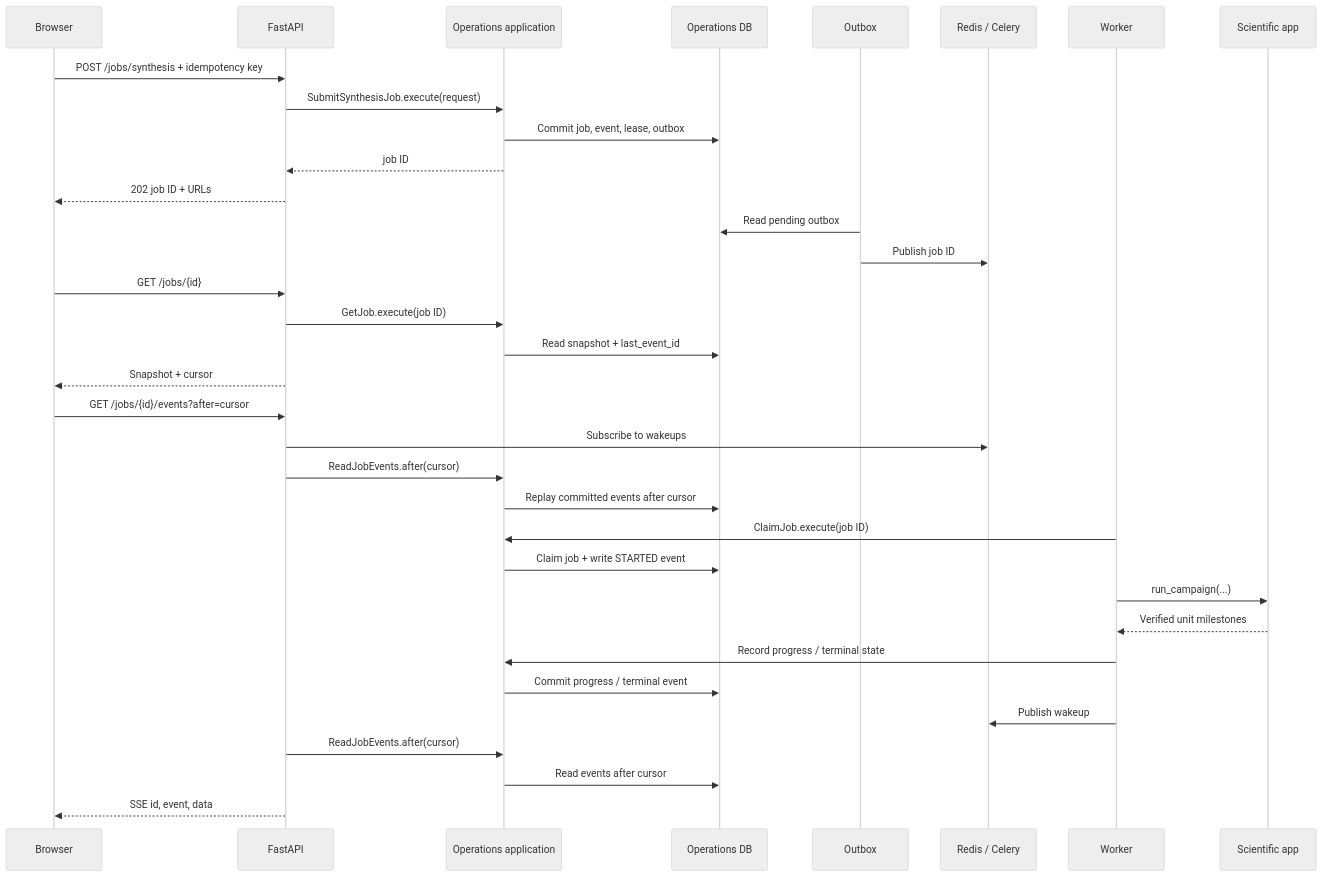
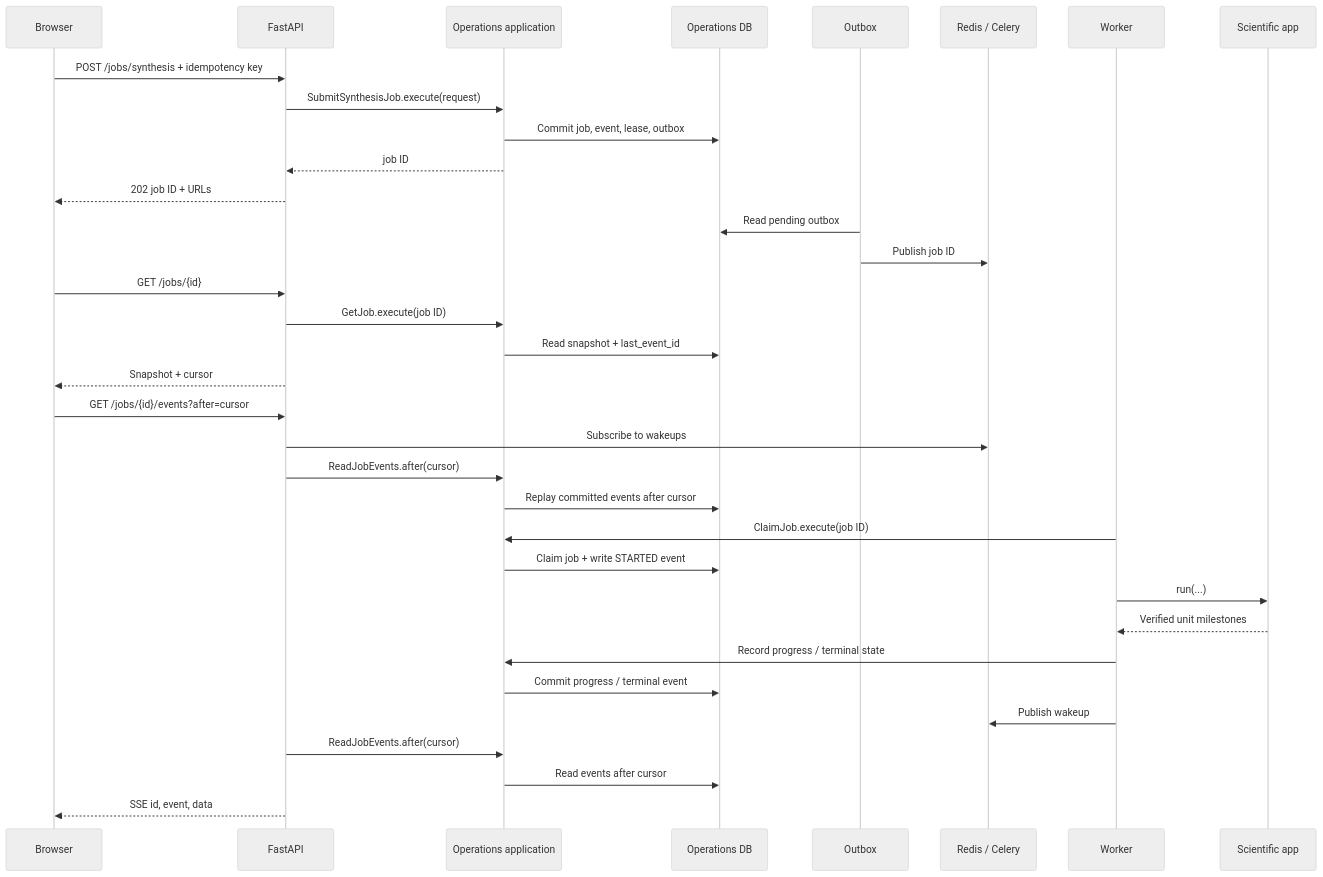
One commit to Nicola-Ibrahim/AAD_LLM changed the fourth of 4 diagrams in docs/plans/frontend_dashboard.md. Above: the diagram before and after it, drawn with Mermaid (neutral theme). The commit also changed other lines of this file and 109 other files, not shown here.

````diff
--- a/docs/plans/frontend_dashboard.md
+++ b/docs/plans/frontend_dashboard.md
@@ -184,36 +184,36 @@
 ```mermaid
 sequenceDiagram
   participant UI as Browser
   participant API as FastAPI
   participant J as Operations application
   participant DB as Operations DB
   participant O as Outbox
   participant Q as Redis / Celery
   participant W as Worker
   participant S as Scientific app
   UI->>API: POST /jobs/synthesis + idempotency key
   API->>J: SubmitSynthesisJob.execute(request)
   J->>DB: Commit job, event, lease, outbox
   J-->>API: job ID
   API-->>UI: 202 job ID + URLs
   O->>DB: Read pending outbox
   O->>Q: Publish job ID
   UI->>API: GET /jobs/{id}
   API->>J: GetJob.execute(job ID)
   J->>DB: Read snapshot + last_event_id
   API-->>UI: Snapshot + cursor
   UI->>API: GET /jobs/{id}/events?after=cursor
   API->>Q: Subscribe to wakeups
   API->>J: ReadJobEvents.after(cursor)
   J->>DB: Replay committed events after cursor
   W->>J: ClaimJob.execute(job ID)
   J->>DB: Claim job + write STARTED event
-  W->>S: run_campaign(...)
+  W->>S: run(...)
   S-->>W: Verified unit milestones
   W->>J: Record progress / terminal state
   J->>DB: Commit progress / terminal event
   W->>Q: Publish wakeup
   API->>J: ReadJobEvents.after(cursor)
   J->>DB: Read events after cursor
   API-->>UI: SSE id, event, data
 ```
````
